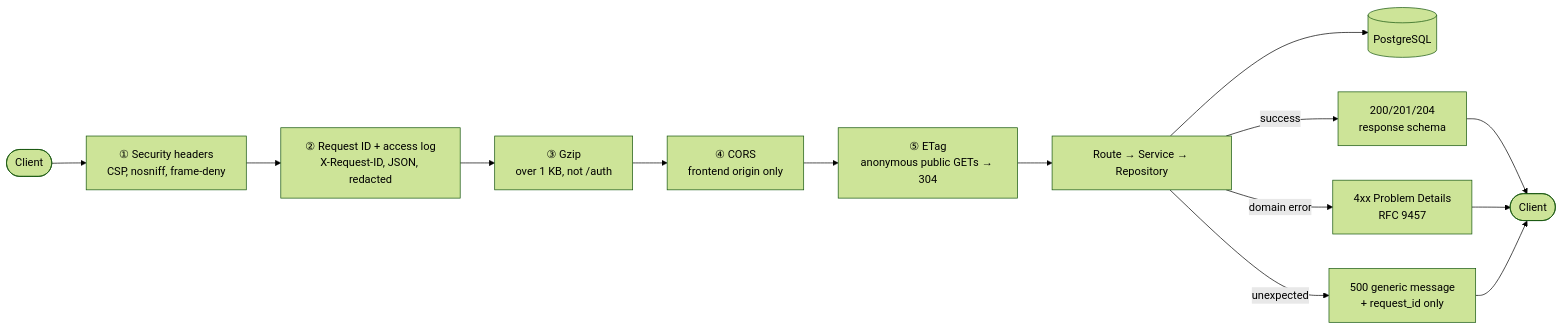
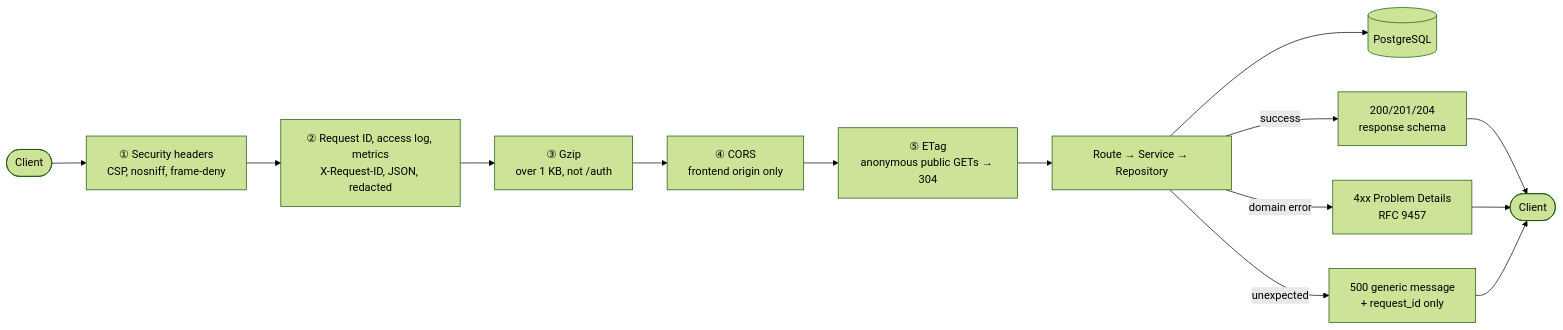
Before and after one commit to mr-laboratory/nebula: the third of 20 diagrams in docs/architecture.md, drawn with Mermaid (forest theme). The commit also changed other lines of this file and 4 other files, not shown here.

````diff
--- a/docs/architecture.md
+++ b/docs/architecture.md
@@ -37,8 +39,8 @@
 ```mermaid
 flowchart LR
-    C([Client]) --> SH["① Security headers<br/>CSP, nosniff, frame-deny"] --> ID["② Request ID + access log<br/>X-Request-ID, JSON, redacted"] --> GZ["③ Gzip<br/>over 1 KB, not /auth"] --> CORS["④ CORS<br/>frontend origin only"] --> ET["⑤ ETag<br/>anonymous public GETs → 304"] --> RT["Route → Service → Repository"] --> DB[(PostgreSQL)]
+    C([Client]) --> SH["① Security headers<br/>CSP, nosniff, frame-deny"] --> ID["② Request ID, access log, metrics<br/>X-Request-ID, JSON, redacted"] --> GZ["③ Gzip<br/>over 1 KB, not /auth"] --> CORS["④ CORS<br/>frontend origin only"] --> ET["⑤ ETag<br/>anonymous public GETs → 304"] --> RT["Route → Service → Repository"] --> DB[(PostgreSQL)]
     RT -->|success| OK["200/201/204<br/>response schema"]
     RT -->|domain error| PD["4xx Problem Details<br/>RFC 9457"]
     RT -->|unexpected| E5["500 generic message<br/>+ request_id only"]
     OK & PD & E5 --> C2([Client])
 ```
````
